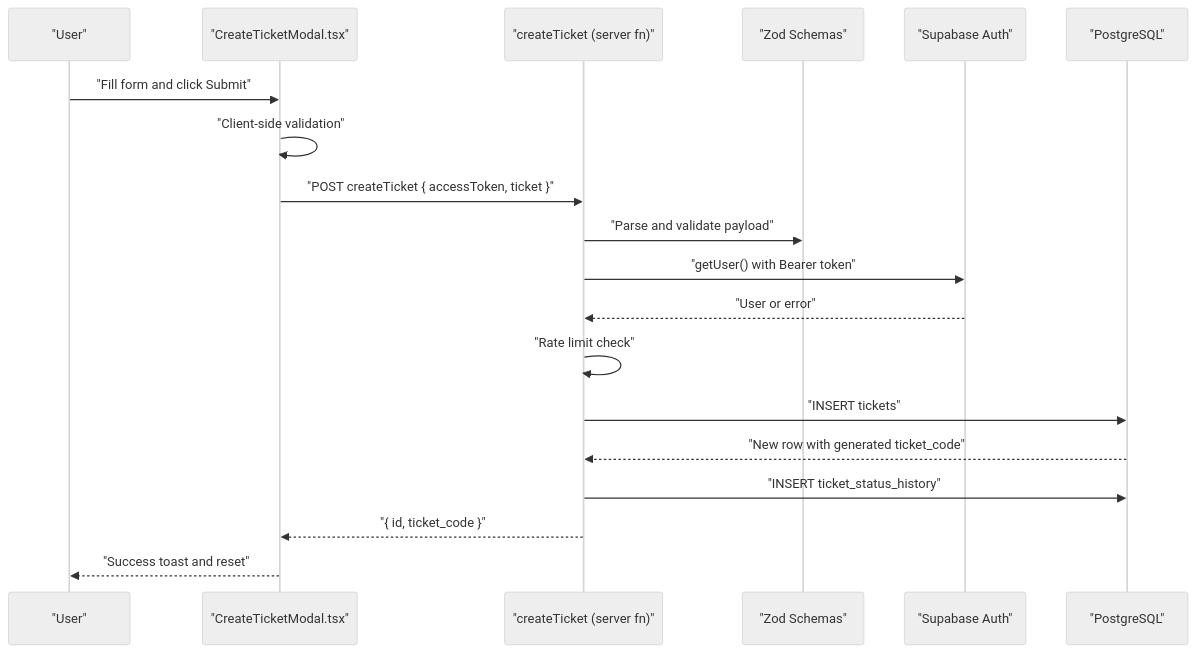
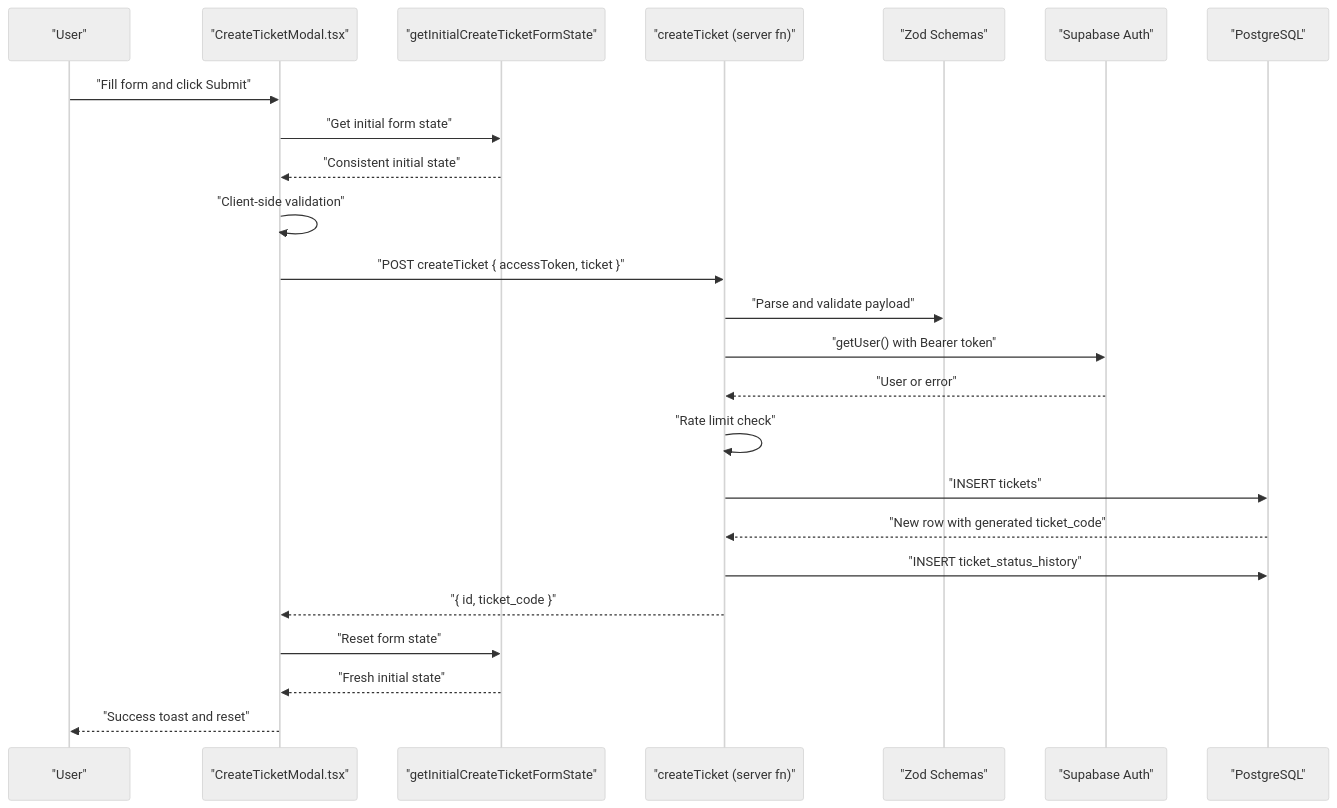
Before and after one commit to gastaldellomarco/pcReady: the second of 7 diagrams in .qoder/repowiki/en/content/Ticket Management System/Ticket Creation Workflow.md, drawn with Mermaid (neutral theme). The commit also changed other lines of this file and 15 other files, not shown here.

````diff
--- a/.qoder/repowiki/en/content/Ticket Management System/Ticket Creation Workflow.md
+++ b/.qoder/repowiki/en/content/Ticket Management System/Ticket Creation Workflow.md
@@ -91,21 +106,26 @@
 ```mermaid
 sequenceDiagram
 participant U as "User"
 participant M as "CreateTicketModal.tsx"
-participant S as "createTicket (server fn)"
+participant S as "getInitialCreateTicketFormState"
+participant SF as "createTicket (server fn)"
 participant Z as "Zod Schemas"
 participant A as "Supabase Auth"
 participant D as "PostgreSQL"
 U->>M : "Fill form and click Submit"
+M->>S : "Get initial form state"
+S-->>M : "Consistent initial state"
 M->>M : "Client-side validation"
-M->>S : "POST createTicket { accessToken, ticket }"
-S->>Z : "Parse and validate payload"
-S->>A : "getUser() with Bearer token"
-A-->>S : "User or error"
-S->>S : "Rate limit check"
-S->>D : "INSERT tickets"
-D-->>S : "New row with generated ticket_code"
-S->>D : "INSERT ticket_status_history"
-S-->>M : "{ id, ticket_code }"
+M->>SF : "POST createTicket { accessToken, ticket }"
+SF->>Z : "Parse and validate payload"
+SF->>A : "getUser() with Bearer token"
+A-->>SF : "User or error"
+SF->>SF : "Rate limit check"
+SF->>D : "INSERT tickets"
+D-->>SF : "New row with generated ticket_code"
+SF->>D : "INSERT ticket_status_history"
+SF-->>M : "{ id, ticket_code }"
+M->>S : "Reset form state"
+S-->>M : "Fresh initial state"
 M-->>U : "Success toast and reset"
 ```
````
